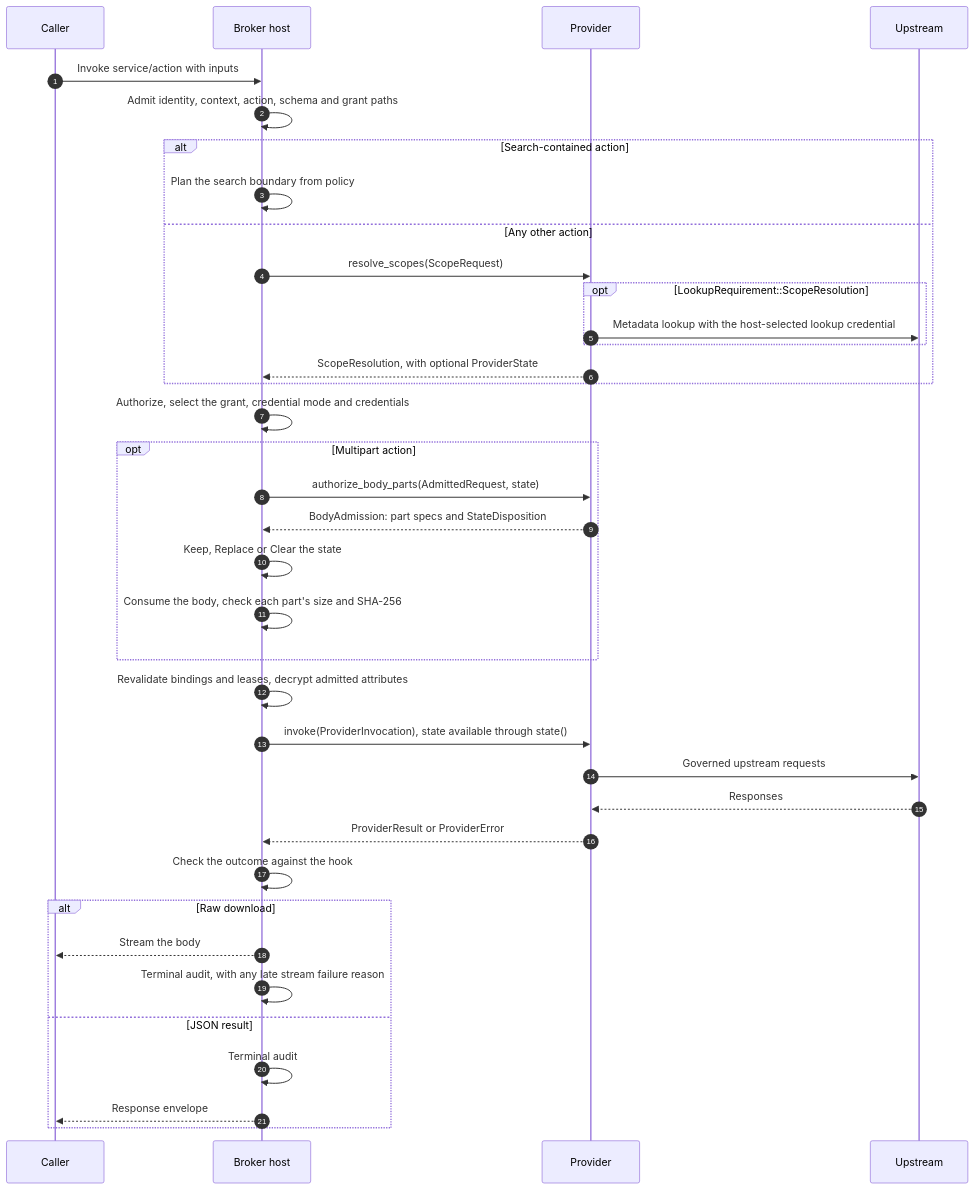
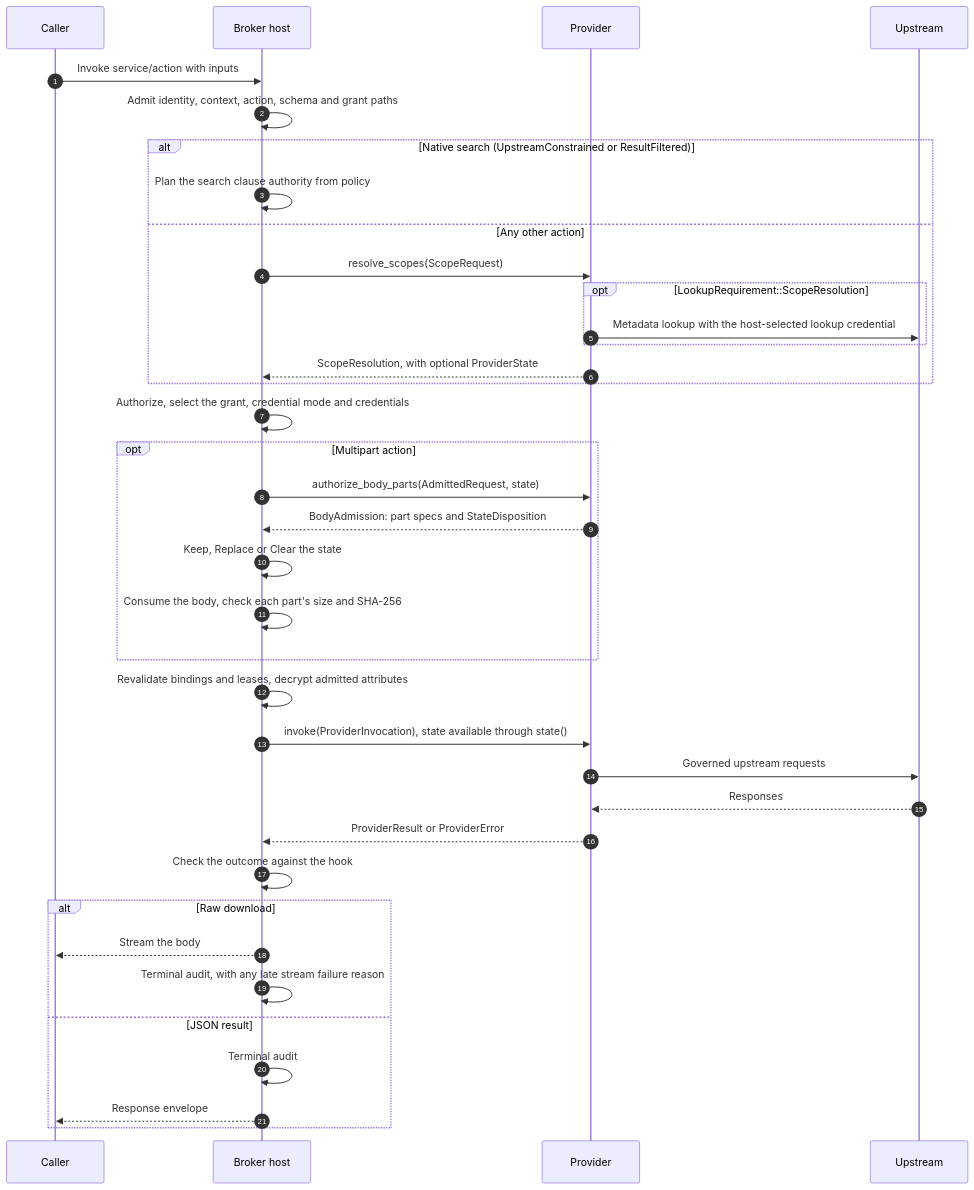
Before and after one commit to kcosr/agent-access-broker: the first of 3 diagrams in docs/provider-sdk.md, drawn with Mermaid. The commit also changed other lines of this file and 1 other file, not shown here.

Commit message:
Align provider guide and overview with native search authority

````diff
--- a/docs/provider-sdk.md
+++ b/docs/provider-sdk.md
@@ -520,40 +521,40 @@
 ```mermaid
 sequenceDiagram
     autonumber
     participant C as Caller
     participant H as Broker host
     participant P as Provider
     participant U as Upstream
 
     C->>H: Invoke service/action with inputs
     H->>H: Admit identity, context, action, schema and grant paths
-    alt Search-contained action
-        H->>H: Plan the search boundary from policy
+    alt Native search (UpstreamConstrained or ResultFiltered)
+        H->>H: Plan the search clause authority from policy
     else Any other action
         H->>P: resolve_scopes(ScopeRequest)
         opt LookupRequirement::ScopeResolution
             P->>U: Metadata lookup with the host-selected lookup credential
         end
         P-->>H: ScopeResolution, with optional ProviderState
     end
     H->>H: Authorize, select the grant, credential mode and credentials
     opt Multipart action
         H->>P: authorize_body_parts(AdmittedRequest, state)
         P-->>H: BodyAdmission: part specs and StateDisposition
         H->>H: Keep, Replace or Clear the state
         H->>H: Consume the body, check each part's size and SHA-256
     end
     H->>H: Revalidate bindings and leases, decrypt admitted attributes
     H->>P: invoke(ProviderInvocation), state available through state()
     P->>U: Governed upstream requests
     U-->>P: Responses
     P-->>H: ProviderResult or ProviderError
     H->>H: Check the outcome against the hook
     alt Raw download
         H-->>C: Stream the body
         H->>H: Terminal audit, with any late stream failure reason
     else JSON result
         H->>H: Terminal audit
         H-->>C: Response envelope
     end
 ```
````
